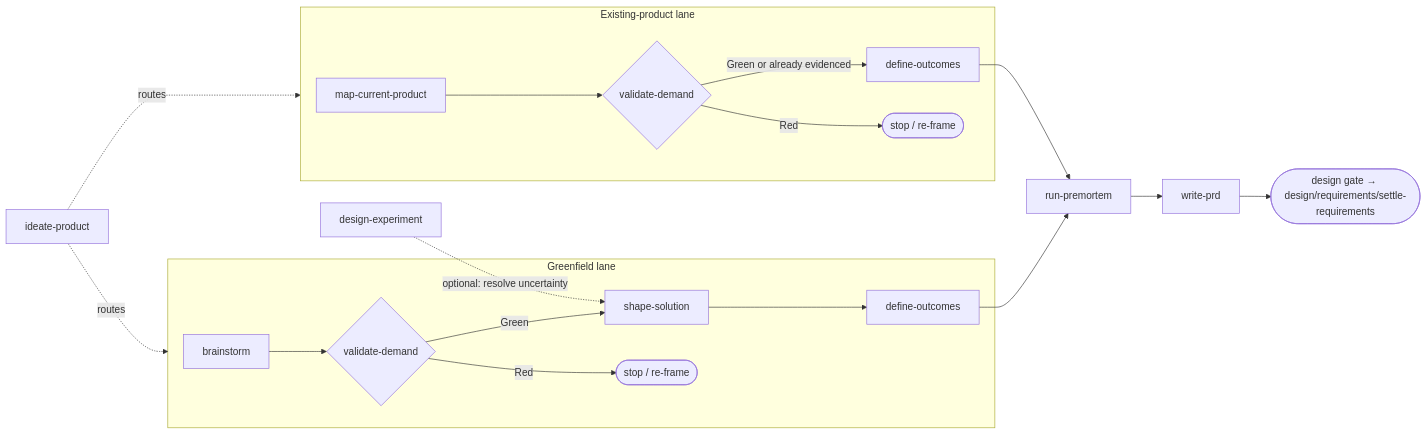
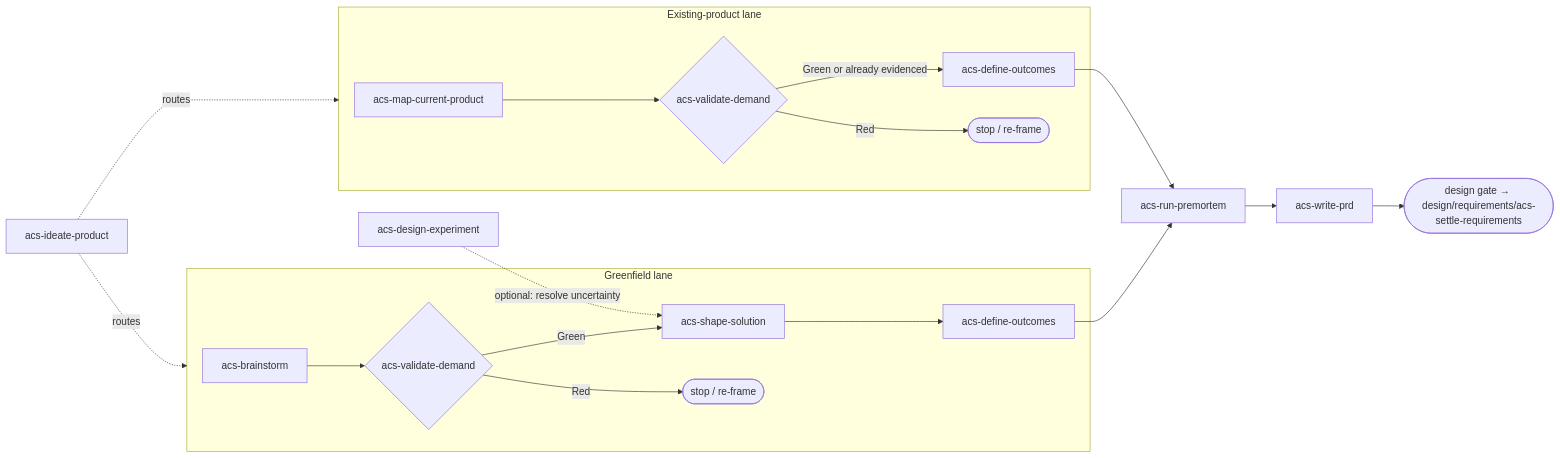
Before and after one commit to XinheLIU/agent-coding-skills: the diagram in system/skills-src/plan/README.md, drawn with Mermaid. The commit also changed other lines of this file and 445 other files, not shown here.

First line of the commit message:
feat: namespace ACS skills and define portable harness contracts

````diff
--- a/system/skills-src/plan/README.md
+++ b/system/skills-src/plan/README.md
@@ -13,18 +13,18 @@
 ```mermaid
 flowchart LR
     subgraph GF["Greenfield lane"]
-        BR[brainstorm] --> VD{validate-demand}
-        VD -->|Green| DS[shape-solution] --> DO[define-outcomes]
+        BR[acs-brainstorm] --> VD{acs-validate-demand}
+        VD -->|Green| DS[acs-shape-solution] --> DO[acs-define-outcomes]
         VD -->|Red| STOP([stop / re-frame])
     end
     subgraph EP["Existing-product lane"]
-        MCP[map-current-product] --> VDI{validate-demand}
-        VDI -->|Green or already evidenced| DOI[define-outcomes]
+        MCP[acs-map-current-product] --> VDI{acs-validate-demand}
+        VDI -->|Green or already evidenced| DOI[acs-define-outcomes]
         VDI -->|Red| STOP2([stop / re-frame])
     end
-    DE[design-experiment] -.->|optional: resolve uncertainty| DS
-    DO --> PM[run-premortem]
+    DE[acs-design-experiment] -.->|optional: resolve uncertainty| DS
+    DO --> PM[acs-run-premortem]
     DOI --> PM
-    PM --> PRD[write-prd] --> DESIGN(["design gate → design/requirements/settle-requirements"])
-    IP[ideate-product] -.->|routes| GF & EP
+    PM --> PRD[acs-write-prd] --> DESIGN(["design gate → design/requirements/acs-settle-requirements"])
+    IP[acs-ideate-product] -.->|routes| GF & EP
 ```
````
